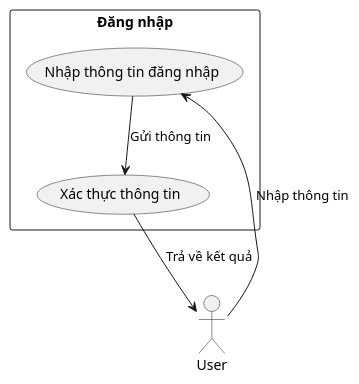
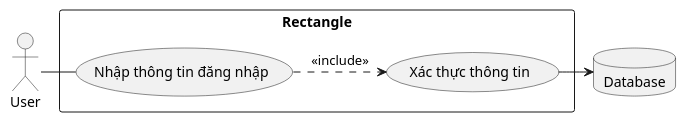
One commit to phamsyhung2110/project-hust changed the diagram in uml/usecase_login.puml. Above: the diagram before and after it, drawn with PlantUML. The commit also changed 8 other files, not shown here.

Commit message:
edit uml

```diff
--- a/uml/usecase_login.puml
+++ b/uml/usecase_login.puml
@@ -1,10 +1,14 @@
 @startuml
-actor User
-rectangle "Đăng nhập" {
+
+
+actor "User" as User
+database "Database" as Database
+rectangle "Rectangle" as Rectangle {
   usecase "Nhập thông tin đăng nhập" as U1
   usecase "Xác thực thông tin" as U2
-  User --> U1 : Nhập thông tin
-  U1 --> U2 : Gửi thông tin
-  U2 --> User : Trả về kết quả
+  User -r- U1
+  U1 .r.> U2: <<include>>
+  U2 -r-> Database
 }
+
 @enduml
```
